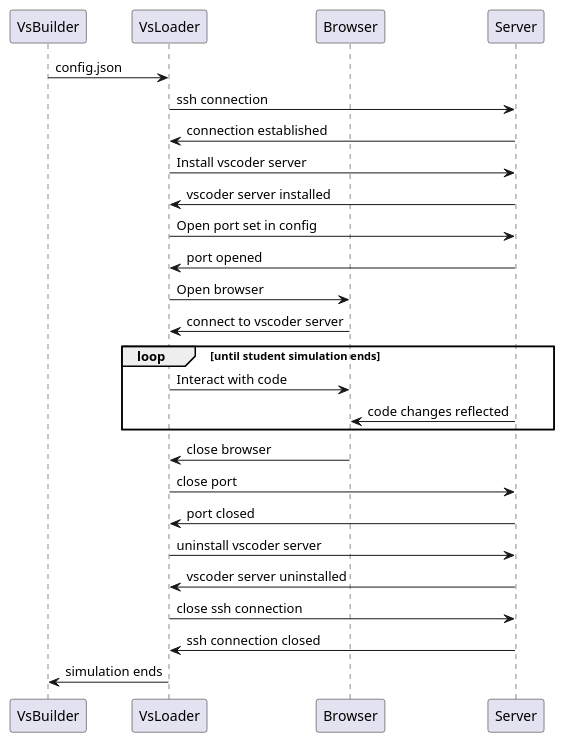
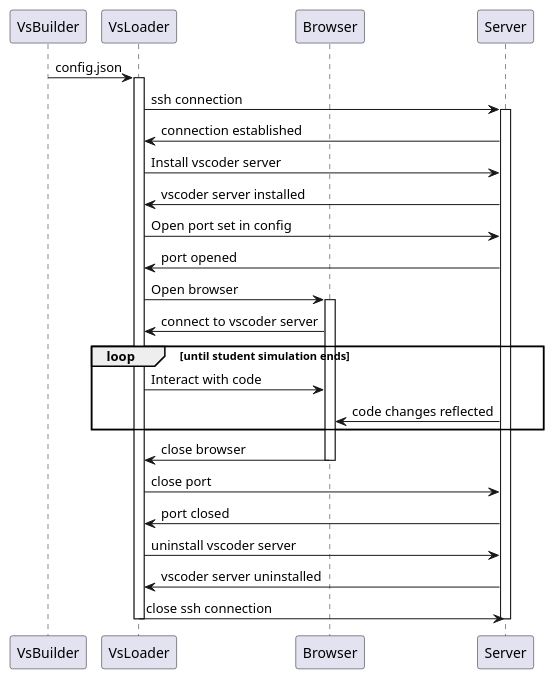
One commit to StevenSermeus/vsloader changed the diagram in rapport/diagramms/sequence_vsloader.plantuml. Above: the diagram before and after it, drawn with PlantUML. The commit also changed 3 other files, not shown here.

Commit message:
Diagramms

```diff
--- a/rapport/diagramms/sequence_vsloader.plantuml
+++ b/rapport/diagramms/sequence_vsloader.plantuml
@@ -1,30 +1,35 @@
 @startuml "Sequence vsloader"
 
 participant "VsBuilder" as builder
 participant "VsLoader" as vsloader
 participant "Browser" as browser
 participant "Server" as vm
 
 
 builder -> vsloader: config.json
+activate vsloader
 vsloader -> vm: ssh connection
+activate vm
 vm -> vsloader: connection established
 vsloader -> vm: Install vscoder server
 vm -> vsloader: vscoder server installed
 vsloader -> vm: Open port set in config
 vm -> vsloader: port opened
+
 vsloader -> browser: Open browser
+activate browser
 browser -> vsloader: connect to vscoder server
 loop until student simulation ends
     vsloader -> browser: Interact with code
     vm -> browser: code changes reflected
 end
 browser -> vsloader: close browser
+deactivate browser
 vsloader -> vm: close port
 vm -> vsloader: port closed
 vsloader -> vm: uninstall vscoder server
 vm -> vsloader: vscoder server uninstalled
 vsloader -> vm: close ssh connection
-vm -> vsloader: ssh connection closed
-vsloader -> builder: simulation ends
+deactivate vm
+deactivate vsloader
 @enduml
```
